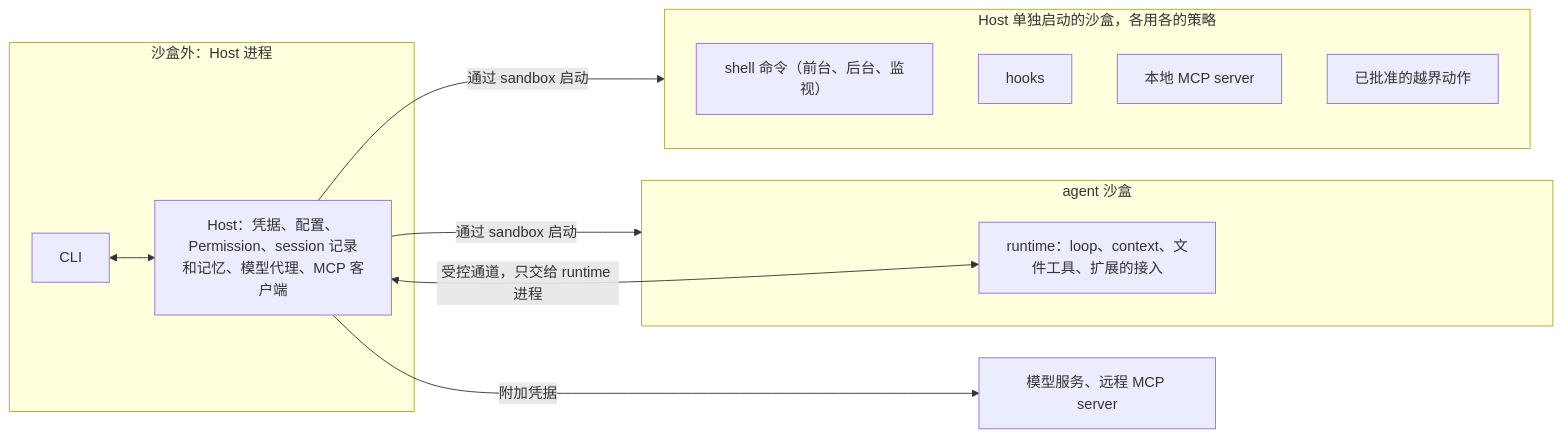
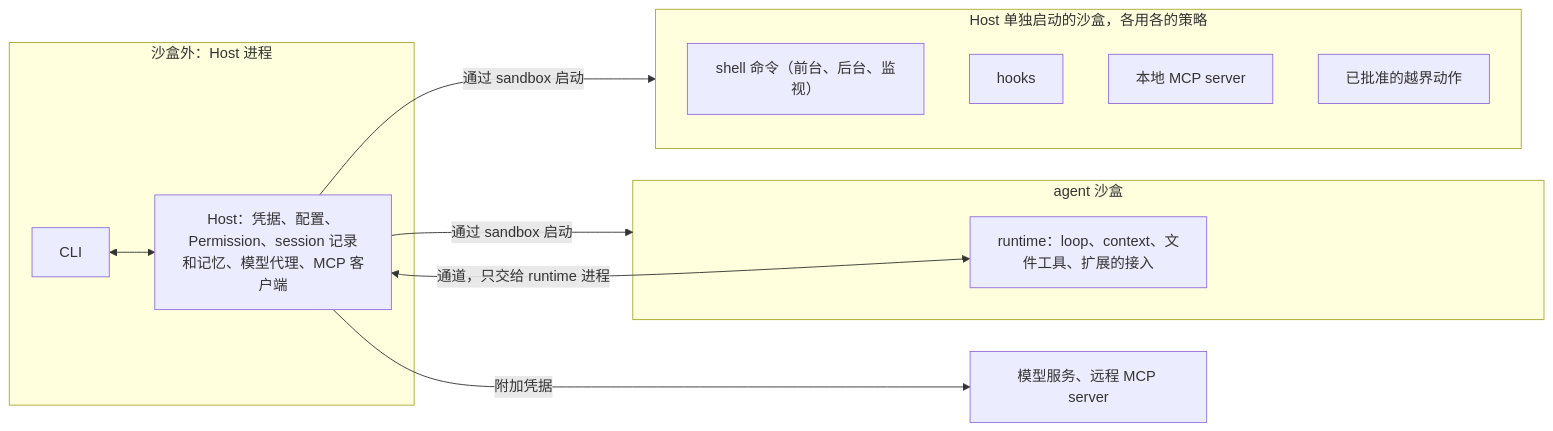
One commit to ospreycode/ospreycode changed the second of 2 diagrams in docs/overview.md. Above: the diagram before and after it, drawn with Mermaid. The commit also changed other lines of this file and 12 other files, not shown here.

````diff
--- a/docs/overview.md
+++ b/docs/overview.md
@@ -228,19 +120,19 @@
 ```mermaid
 flowchart LR
     subgraph OUT["沙盒外：Host 进程"]
         CLI["CLI"] <--> HOST["Host：凭据、配置、Permission、session 记录和记忆、模型代理、MCP 客户端"]
     end
     subgraph AG["agent 沙盒"]
         RT["runtime：loop、context、文件工具、扩展的接入"]
     end
     subgraph EX["Host 单独启动的沙盒，各用各的策略"]
         CMD["shell 命令（前台、后台、监视）"]
         HK["hooks"]
         MCP["本地 MCP server"]
         ESC["已批准的越界动作"]
     end
-    RT <-->|"受控通道，只交给 runtime 进程"| HOST
+    RT <-->|"通道，只交给 runtime 进程"| HOST
     HOST -->|"通过 sandbox 启动"| AG
     HOST -->|"通过 sandbox 启动"| EX
     HOST -->|"附加凭据"| API["模型服务、远程 MCP server"]
 ```
````
